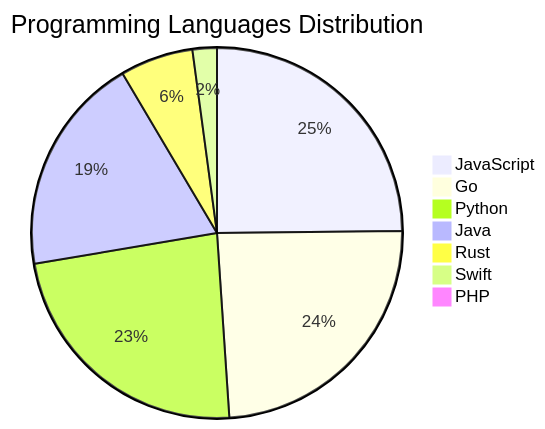
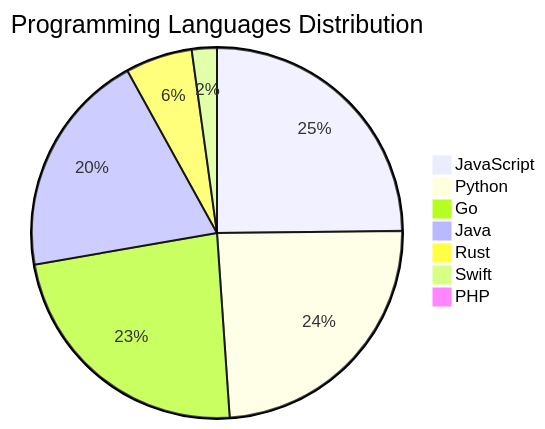
Before and after one commit to Derrick-MUGISHA/github-activity-bot: the diagram in README.md, drawn with Mermaid. The commit also changed other lines of this file and 4 other files, not shown here.

````diff
--- a/README.md
+++ b/README.md
@@ -207,10 +206,10 @@
 ```mermaid
 pie title Programming Languages Distribution
-    "JavaScript" : 35
-    "Go" : 34
+    "JavaScript" : 34
     "Python" : 33
+    "Go" : 32
     "Java" : 27
-    "Rust" : 9
+    "Rust" : 8
     "Swift" : 3
     "PHP" : 1
 ```
````
